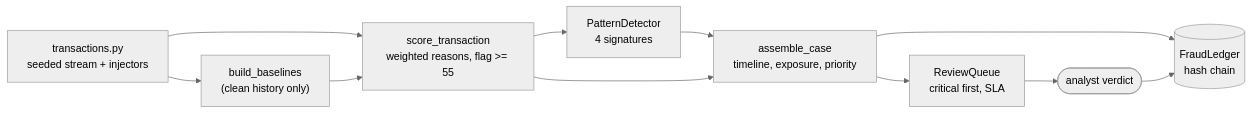
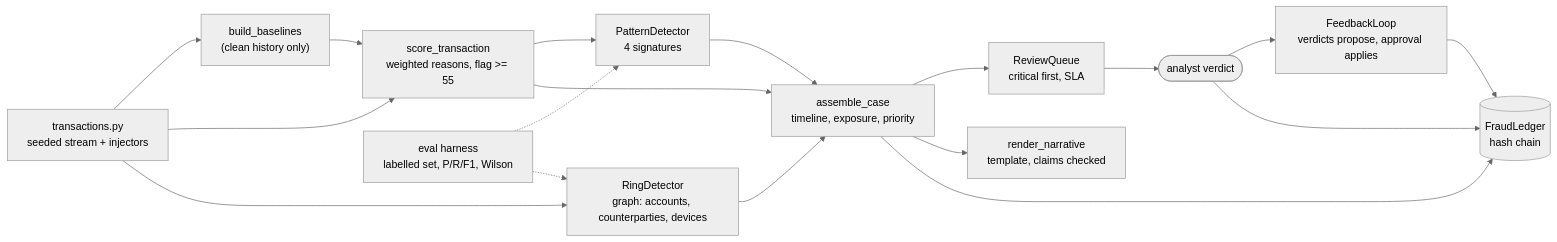
Before and after one commit to jagadishmazure-jpg/Jagadish-fraud-detection-agents: the diagram in README.md, drawn with Mermaid (neutral theme). The commit also changed other lines of this file and 14 other files, not shown here.

Commit message:
Betterment: mule-ring detection, eval harness, template triage narratives, approval-gated feedback loop (75 tests)

````diff
--- a/README.md
+++ b/README.md
@@ -30,13 +31,20 @@
 ```mermaid
 flowchart LR
     TX["transactions.py<br/>seeded stream + injectors"] --> BL["build_baselines<br/>(clean history only)"]
     TX --> SC["score_transaction<br/>weighted reasons, flag >= 55"]
     BL --> SC
     SC --> PD["PatternDetector<br/>4 signatures"]
+    TX --> RG["RingDetector<br/>graph: accounts, counterparties, devices"]
     PD --> CS["assemble_case<br/>timeline, exposure, priority"]
+    RG --> CS
     SC --> CS
     CS --> Q["ReviewQueue<br/>critical first, SLA"]
+    CS --> NR["render_narrative<br/>template, claims checked"]
     Q --> AN(["analyst verdict"])
-    CS --> L[("FraudLedger<br/>hash chain")]
+    AN --> FB["FeedbackLoop<br/>verdicts propose, approval applies"]
+    FB --> L[("FraudLedger<br/>hash chain")]
+    CS --> L
     AN --> L
+    EV["eval harness<br/>labelled set, P/R/F1, Wilson"] -.-> PD
+    EV -.-> RG
 ```
````
